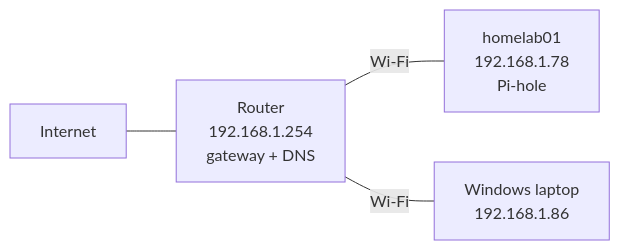
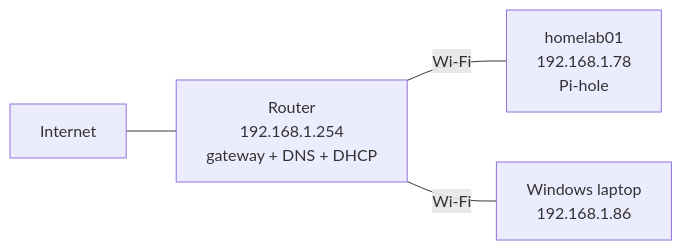
Before and after one commit to abenezerbrh/homelab: the diagram in 01-network-discovery/README.md, drawn with Mermaid. The commit also changed other lines of this file and 15 other files, not shown here.

````diff
--- a/01-network-discovery/README.md
+++ b/01-network-discovery/README.md
@@ -19,6 +34,6 @@
 ```mermaid
 flowchart LR
-    I[Internet] --- R["Router<br/>192.168.1.254<br/>gateway + DNS"]
+    I[Internet] --- R["Router<br/>192.168.1.254<br/>gateway + DNS + DHCP"]
     R ---|Wi-Fi| H["homelab01<br/>192.168.1.78<br/>Pi-hole"]
     R ---|Wi-Fi| L["Windows laptop<br/>192.168.1.86"]
 ```
````
